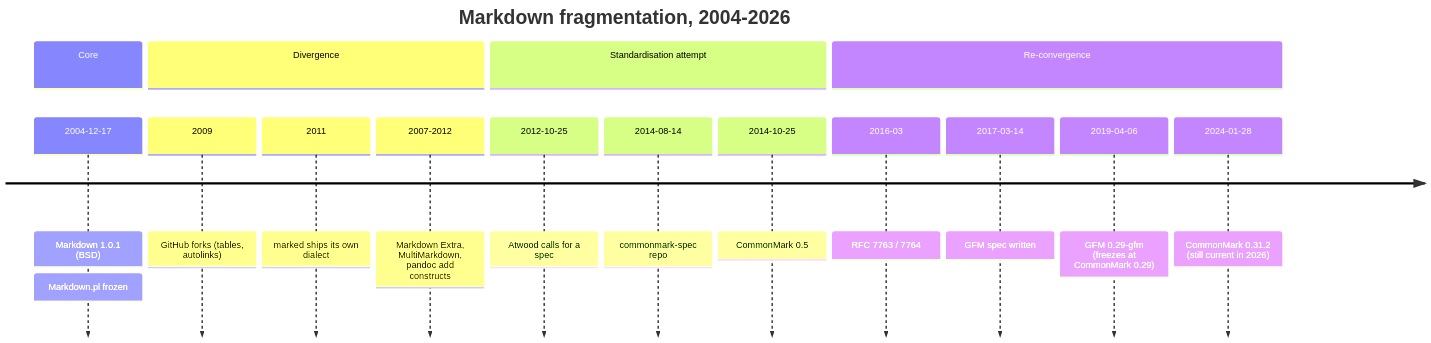
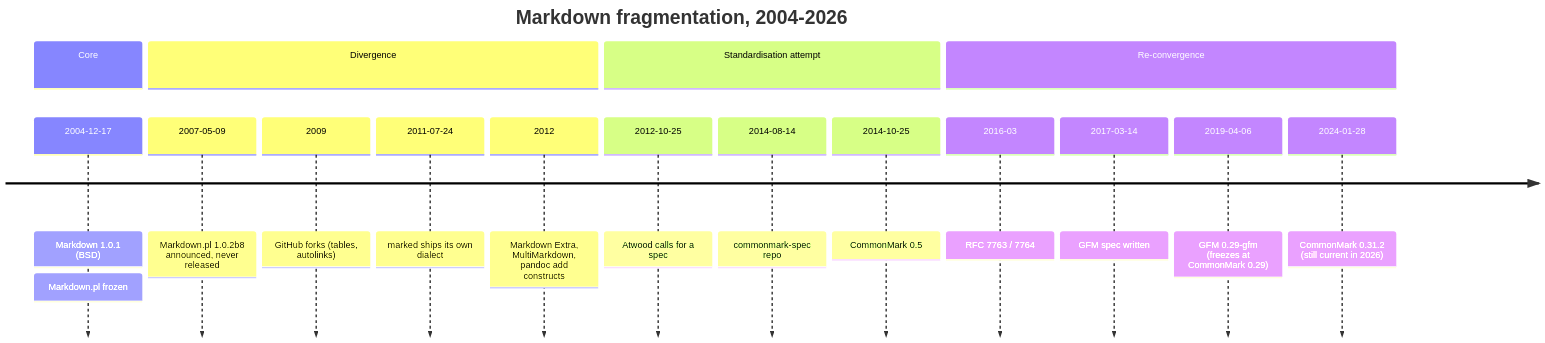
The first of 2 diagrams in research/01-foundations/02-history-and-evolution.md (siyana-code/Siyana-Markdown-Viewer), drawn with Mermaid before and after one commit. The commit also changed other lines of this file and 26 other files, not shown here.

````diff
--- a/research/01-foundations/02-history-and-evolution.md
+++ b/research/01-foundations/02-history-and-evolution.md
@@ -92,19 +92,20 @@
 ```mermaid
 timeline
     title Markdown fragmentation, 2004-2026
     section Core
         2004-12-17 : Markdown 1.0.1 (BSD) : Markdown.pl frozen
     section Divergence
+        2007-05-09 : Markdown.pl 1.0.2b8 announced, never released
         2009 : GitHub forks (tables, autolinks)
-        2011 : marked ships its own dialect
-        2007-2012 : Markdown Extra, MultiMarkdown, pandoc add constructs
+        2011-07-24 : marked ships its own dialect
+        2012 : Markdown Extra, MultiMarkdown, pandoc add constructs
     section Standardisation attempt
         2012-10-25 : Atwood calls for a spec
         2014-08-14 : commonmark-spec repo
         2014-10-25 : CommonMark 0.5
     section Re-convergence
         2016-03 : RFC 7763 / 7764
         2017-03-14 : GFM spec written
         2019-04-06 : GFM 0.29-gfm (freezes at CommonMark 0.29)
         2024-01-28 : CommonMark 0.31.2 (still current in 2026)
 ```
````
